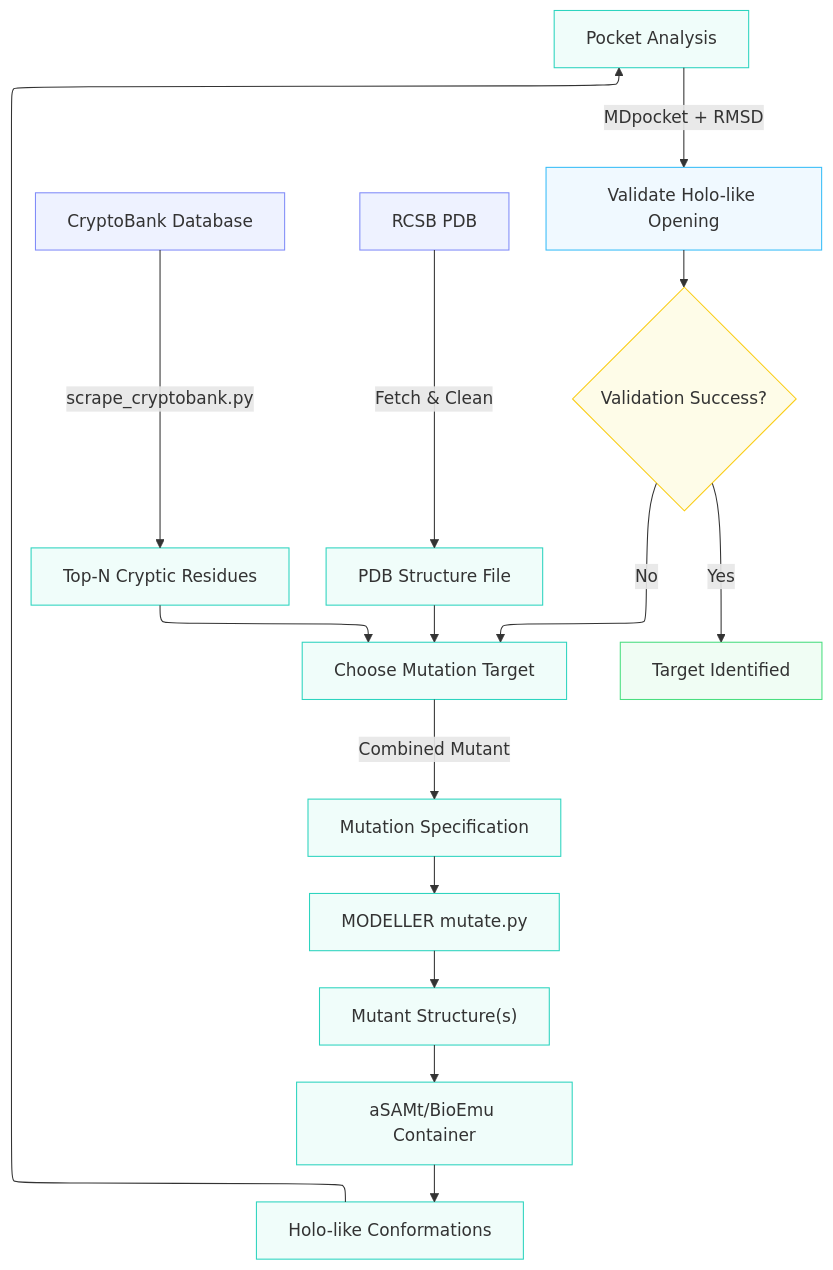
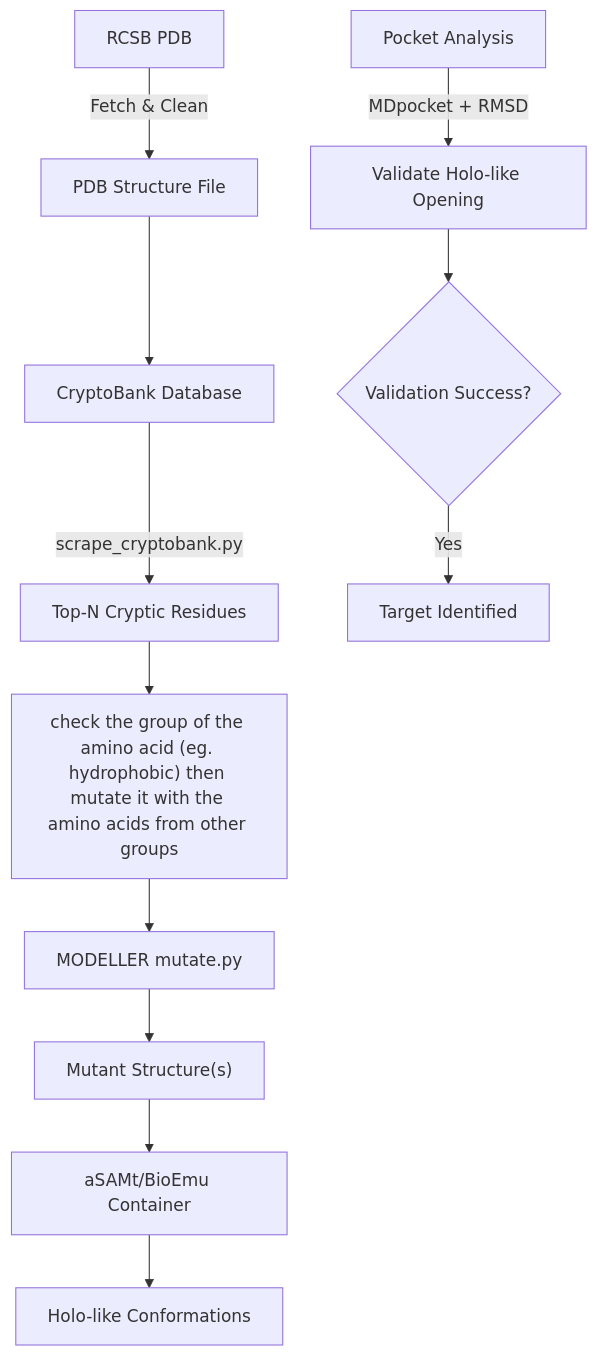
The diagram in README.md (singhnitink/CryptiScan), drawn with Mermaid before and after one commit.

````diff
--- a/README.md
+++ b/README.md
@@ -6,45 +6,33 @@
 ```mermaid
 ---
 config:
-  layout: elk
+  layout: dagre
+  theme: mc
 ---
-flowchart TD
+flowchart TB
+    A["CryptoBank Database"] -- "scrape_cryptobank.py" --> B["Top-N Cryptic Residues"]
+    C["RCSB PDB"] -- Fetch & Clean --> D["PDB Structure File"]
+    B --> E["check the group of the amino acid (eg. hydrophobic) then mutate it with the amino acids from other groups"]
+    G["MODELLER mutate.py"] --> H["Mutant Structure(s)"]
+    H --> I["aSAMt/BioEmu Container"]
+    I --> J["Holo-like Conformations"]
+    K["Pocket Analysis"] -- MDpocket + RMSD --> L["Validate Holo-like Opening"]
+    L --> M{"Validation Success?"}
+    M -- Yes --> N["Target Identified"]
+    D --> A
+    E --> G
 
-    A[CryptoBank Database] -->|scrape_cryptobank.py| B[Top-N Cryptic Residues]
-
-    C[RCSB PDB] -->|Fetch & Clean| D[PDB Structure File]
-
-    B --> E[Choose Mutation Target]
-    D --> E
-
-    E -->|Combined Mutant| F[Mutation Specification]
-
-    F --> G[MODELLER mutate.py]
-
-    G --> H["Mutant Structure(s)"]
-
-    H --> I[aSAMt/BioEmu Container]
-
-    I --> J[Holo-like Conformations]
-
-    J --> K[Pocket Analysis]
-
-    K -->|MDpocket + RMSD| L[Validate Holo-like Opening]
-
-    L --> M{Validation Success?}
-
-    M -->|Yes| N[Target Identified]
-    M -->|No| E
-
-    classDef input stroke:#818cf8,fill:#eef2ff
-    classDef process stroke:#2dd4bf,fill:#f0fdfa
-    classDef output stroke:#4ade80,fill:#f0fdf4
-    classDef decision stroke:#facc15,fill:#fefce8
-    classDef validation stroke:#38bdf8,fill:#f0f9ff
-
-    class A,C input
-    class B,D,E,F,G,H,I,J,K process
-    class L validation
-    class M decision
-    class N output
+     A
+     B
+     C
+     D
+     E
+     G
+     H
+     I
+     J
+     K
+     L
+     M
+     N
 ```
````
